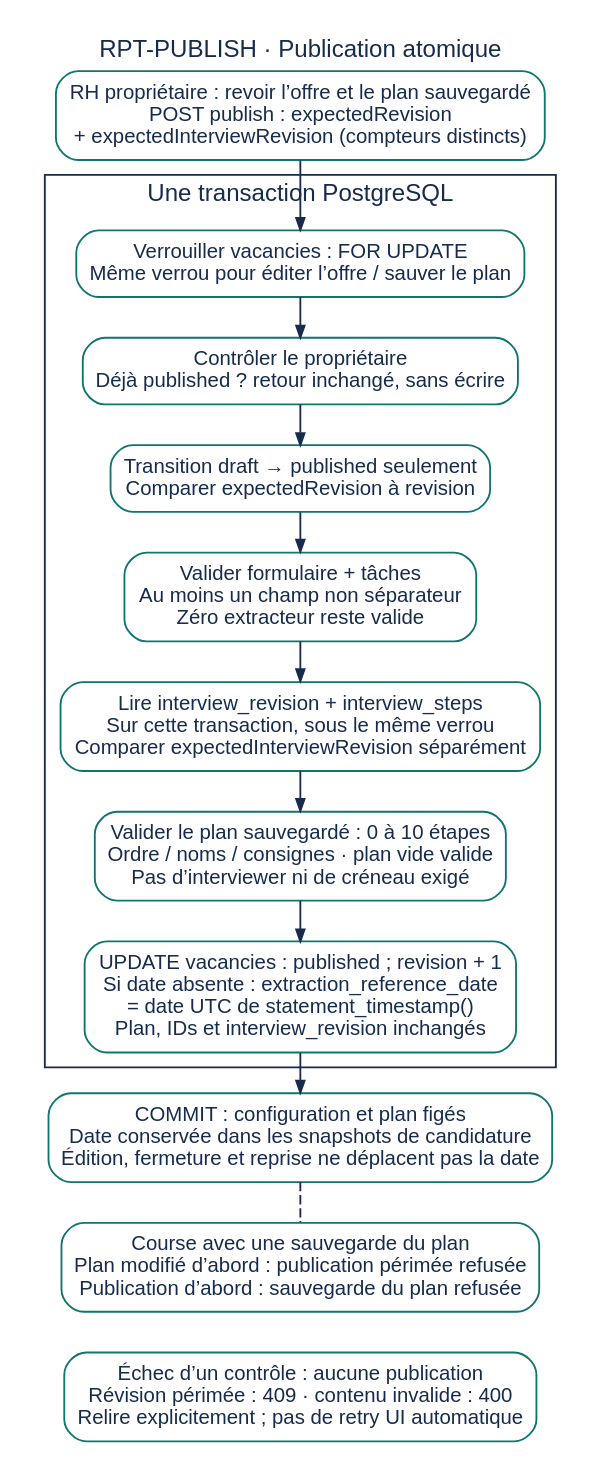
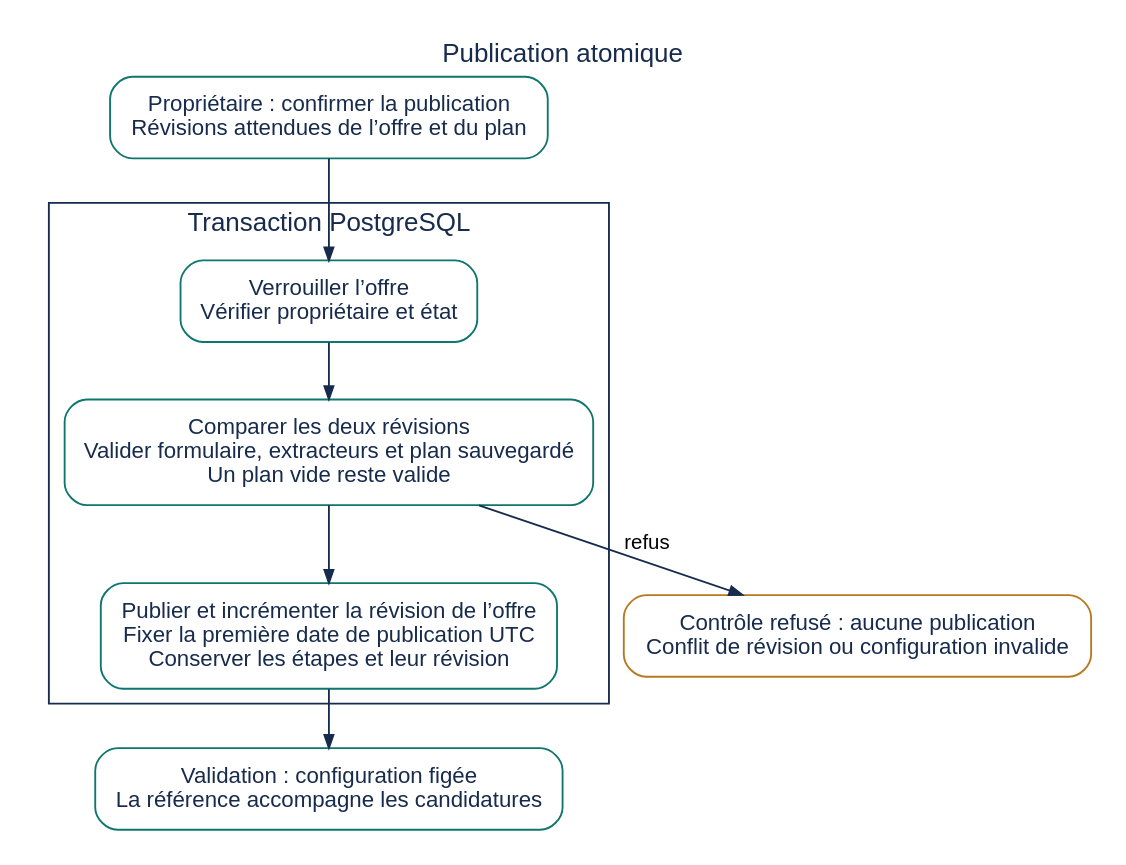
Before and after one commit to abdelkarim-ayed/cap-recruitment: the diagram in presentation/report/diagrams/RPT-PUBLISH.dot, drawn with Graphviz. The commit also changed 48 other files, not shown here.

```diff
--- a/presentation/report/diagrams/RPT-PUBLISH.dot
+++ b/presentation/report/diagrams/RPT-PUBLISH.dot
@@ -1,28 +1,21 @@
-// Both revision checks and reference-date write share the vacancy transaction.
+// Selected publication mechanism; detailed checks are explained in Chapter 3.
 digraph Publish {
-  graph [rankdir=TB, bgcolor="white", pad=0.12, nodesep=0.25, ranksep=0.3,
-    fontname="Liberation Sans", fontsize=13, fontcolor="#172B4D",
-    label="RPT-PUBLISH · Publication atomique", labelloc=t];
+  graph [rankdir=TB, bgcolor="white", pad=0.15, nodesep=0.35, ranksep=0.4,
+    fontname="Liberation Sans", fontsize=14, fontcolor="#172B4D", label="Publication atomique", labelloc=t];
   node [shape=box, style="rounded,filled", fillcolor="white", color="#0F766E",
-    fontname="Liberation Sans", fontsize=11, fontcolor="#172B4D", margin="0.12,0.08"];
-  edge [fontname="Liberation Sans", fontsize=10, color="#172B4D", fontcolor="#172B4D", arrowsize=0.65];
-  ui [label="RH propriétaire : revoir l’offre et le plan sauvegardé\nPOST publish : expectedRevision\n+ expectedInterviewRevision (compteurs distincts)"];
+    fontname="Liberation Sans", fontsize=12, fontcolor="#172B4D", margin="0.15,0.12"];
+  edge [fontname="Liberation Sans", fontsize=11, color="#172B4D", arrowsize=0.7];
+  ui [label="Propriétaire : confirmer la publication\nRévisions attendues de l’offre et du plan"];
   subgraph cluster_tx {
-    label="Une transaction PostgreSQL"; color="#172B4D";
-    lock [label="Verrouiller vacancies : FOR UPDATE\nMême verrou pour éditer l’offre / sauver le plan"];
-    owner [label="Contrôler le propriétaire\nDéjà published ? retour inchangé, sans écrire"];
-    rev [label="Transition draft → published seulement\nComparer expectedRevision à revision"];
-    defs [label="Valider formulaire + tâches\nAu moins un champ non séparateur\nZéro extracteur reste valide"];
-    plan [label="Lire interview_revision + interview_steps\nSur cette transaction, sous le même verrou\nComparer expectedInterviewRevision séparément"];
-    valid [label="Valider le plan sauvegardé : 0 à 10 étapes\nOrdre / noms / consignes · plan vide valide\nPas d’interviewer ni de créneau exigé"];
-    save [label="UPDATE vacancies : published ; revision + 1\nSi date absente : extraction_reference_date\n= date UTC de statement_timestamp()\nPlan, IDs et interview_revision inchangés"];
-    lock -> owner -> rev -> defs -> plan -> valid -> save;
+    label="Transaction PostgreSQL"; color="#172B4D";
+    lock [label="Verrouiller l’offre\nVérifier propriétaire et état"];
+    checks [label="Comparer les deux révisions\nValider formulaire, extracteurs et plan sauvegardé\nUn plan vide reste valide"];
+    save [label="Publier et incrémenter la révision de l’offre\nFixer la première date de publication UTC\nConserver les étapes et leur révision"];
+    lock -> checks -> save;
   }
+  done [label="Validation : configuration figée\nLa référence accompagne les candidatures"];
+  conflict [label="Contrôle refusé : aucune publication\nConflit de révision ou configuration invalide", color="#B7791F"];
   ui -> lock;
-  commit [label="COMMIT : configuration et plan figés\nDate conservée dans les snapshots de candidature\nÉdition, fermeture et reprise ne déplacent pas la date"];
-  save -> commit;
-  fail [label="Échec d’un contrôle : aucune publication\nRévision périmée : 409 · contenu invalide : 400\nRelire explicitement ; pas de retry UI automatique"];
-  race [label="Course avec une sauvegarde du plan\nPlan modifié d’abord : publication périmée refusée\nPublication d’abord : sauvegarde du plan refusée"];
-  commit -> race [style=dashed, arrowhead=none];
-  race -> fail [style=invis];
+  checks -> conflict [label="refus"];
+  save -> done;
 }
```
